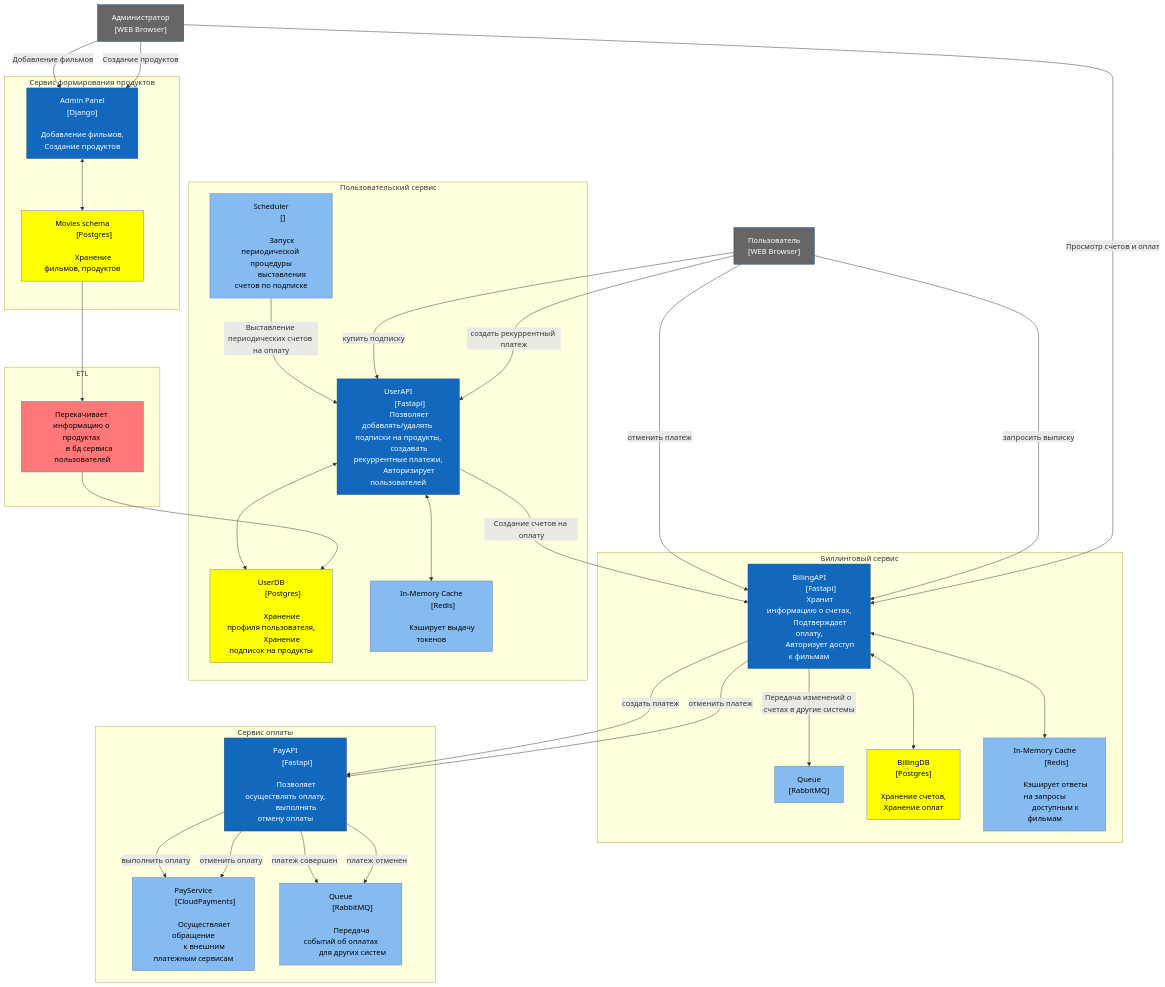
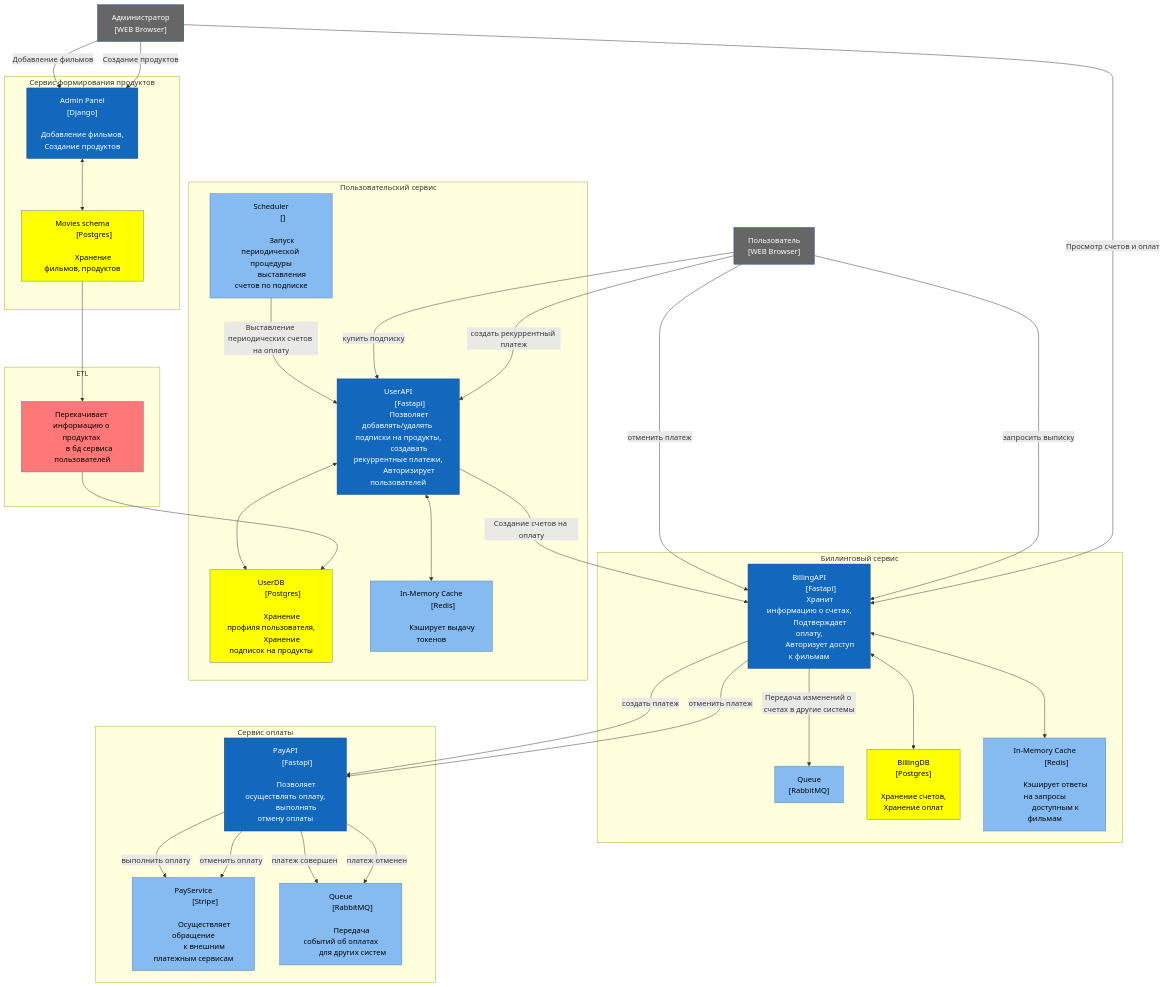
One commit to fall3nangel/Billing_Stripe changed the diagram in architecture/components.md. Above: the diagram before and after it, drawn with Mermaid.

Commit message:
add billing service

```diff
--- a/architecture/components.md
+++ b/architecture/components.md
@@ -108,7 +108,7 @@
             выполнять отмену оплаты"]
     
         PayService["PayService
-            [CloudPayments]
+            [Stripe]
             
             Осуществляет обращение
             к внешним платежным сервисам"]
```
